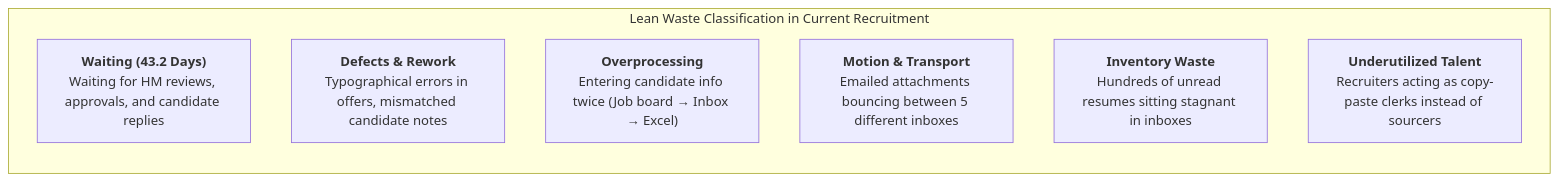
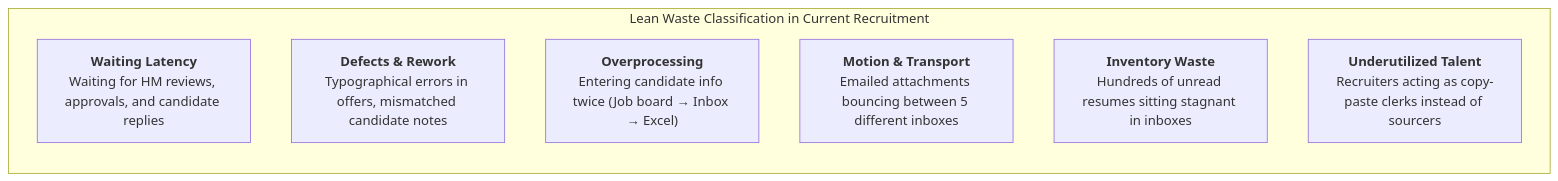
The fourth of 5 diagrams in docs/02-as-is-analysis.md (namrathach10/recruitment-ats-business-analysis), drawn with Mermaid before and after one commit. The commit also changed other lines of this file and 6 other files, not shown here.

Commit message:
refactor: address remaining review issues across README, Charter, AS-IS, Requirements, UML, Architecture, and Analytics

````diff
--- a/docs/02-as-is-analysis.md
+++ b/docs/02-as-is-analysis.md
@@ -182,11 +182,11 @@
 ```mermaid
 flowchart LR
     subgraph Lean Waste Classification in Current Recruitment
-        W1["<b>Waiting (43.2 Days)</b><br/>Waiting for HM reviews, approvals, and candidate replies"]
+        W1["<b>Waiting Latency</b><br/>Waiting for HM reviews, approvals, and candidate replies"]
         W2["<b>Defects & Rework</b><br/>Typographical errors in offers, mismatched candidate notes"]
         W3["<b>Overprocessing</b><br/>Entering candidate info twice (Job board → Inbox → Excel)"]
         W4["<b>Motion & Transport</b><br/>Emailed attachments bouncing between 5 different inboxes"]
         W5["<b>Inventory Waste</b><br/>Hundreds of unread resumes sitting stagnant in inboxes"]
         W6["<b>Underutilized Talent</b><br/>Recruiters acting as copy-paste clerks instead of sourcers"]
     end
 ```
````
